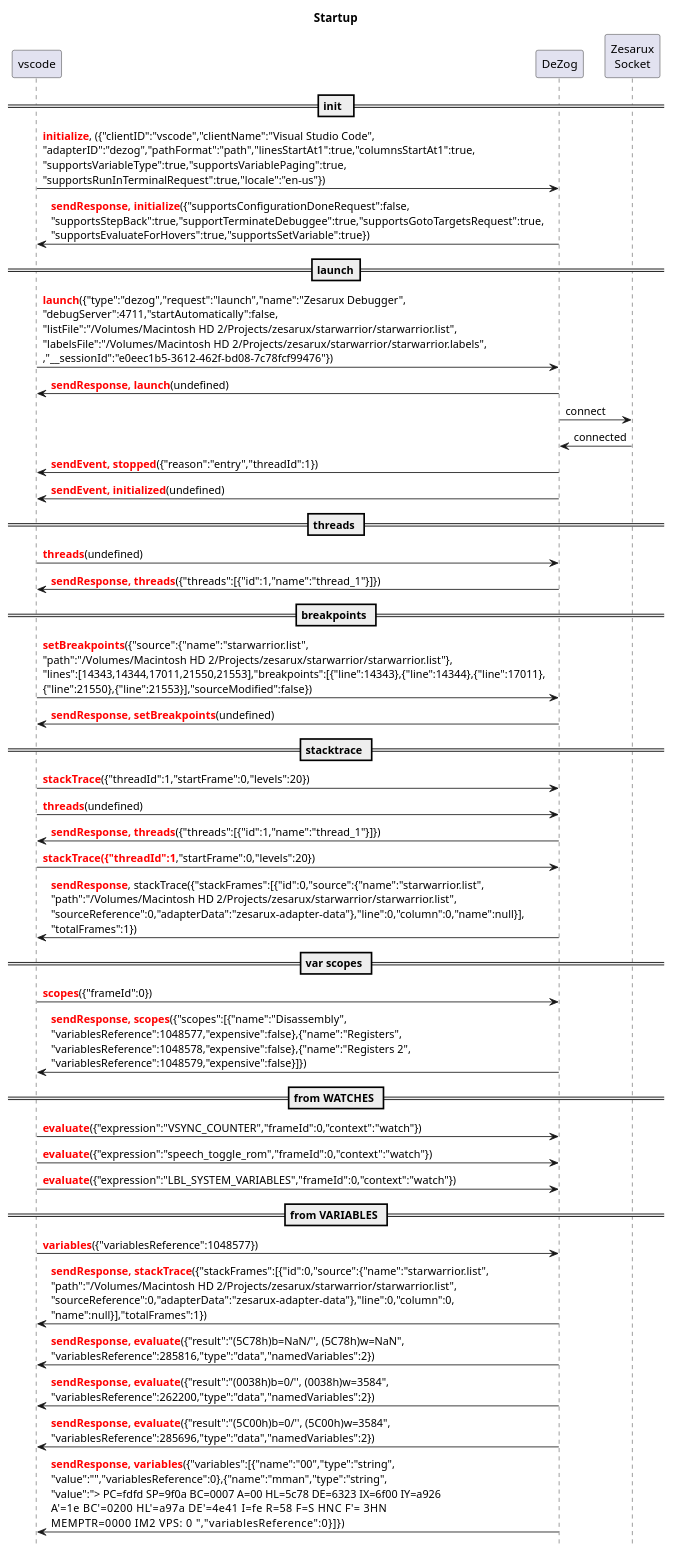
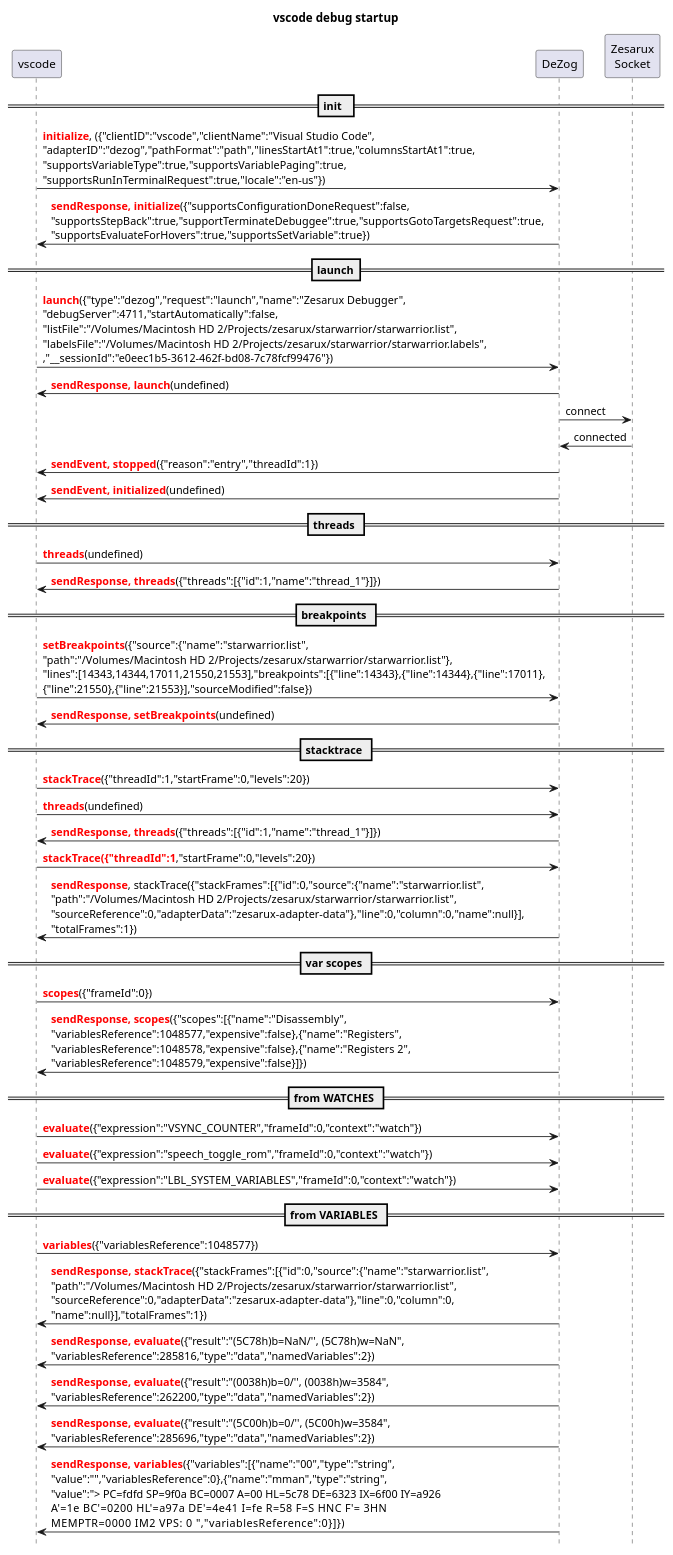
Before and after one commit to maziac/DeZog: the first of 2 diagrams in design/startup.md, drawn with PlantUML. The commit also changed other lines of this file and 9 other files, not shown here.

````diff
--- a/design/startup.md
+++ b/design/startup.md
@@ -7,59 +7,58 @@
 ```puml
-title Startup
+title vscode debug startup
 
 hide footbox
-
 
 participant vscode
 participant DeZog
 participant ZXSocket as "Zesarux\nSocket"
 
 == init  ==
 vscode -> DeZog: <font color=red><b>initialize</b></font>, ({"clientID":"vscode","clientName":"Visual Studio Code",\n"adapterID":"dezog","pathFormat":"path","linesStartAt1":true,"columnsStartAt1":true,\n"supportsVariableType":true,"supportsVariablePaging":true,\n"supportsRunInTerminalRequest":true,"locale":"en-us"})
 vscode <- DeZog: <font color=red><b>sendResponse, initialize</b></font>({"supportsConfigurationDoneRequest":false,\n"supportsStepBack":true,"supportTerminateDebuggee":true,"supportsGotoTargetsRequest":true,\n"supportsEvaluateForHovers":true,"supportsSetVariable":true})
 
 
 == launch==
 vscode -> DeZog: <font color=red><b>launch</b></font>({"type":"dezog","request":"launch","name":"Zesarux Debugger",\n"debugServer":4711,"startAutomatically":false,\n"listFile":"/Volumes/Macintosh HD 2/Projects/zesarux/starwarrior/starwarrior.list",\n"labelsFile":"/Volumes/Macintosh HD 2/Projects/zesarux/starwarrior/starwarrior.labels",\n,"__sessionId":"e0eec1b5-3612-462f-bd08-7c78fcf99476"})
 vscode <- DeZog: <font color=red><b>sendResponse, launch</b></font>(undefined)
 ZXSocket <- DeZog: connect
 ZXSocket -> DeZog: connected
 vscode <- DeZog: <font color=red><b>sendEvent, stopped</b></font>({"reason":"entry","threadId":1})
 
 vscode <- DeZog: <font color=red><b>sendEvent, initialized</b></font>(undefined)
 
 == threads ==
 vscode -> DeZog: <font color=red><b>threads</b></font>(undefined)
 vscode <- DeZog: <font color=red><b>sendResponse, threads</b></font>({"threads":[{"id":1,"name":"thread_1"}]})
 
 == breakpoints ==
 vscode -> DeZog: <font color=red><b>setBreakpoints</b></font>({"source":{"name":"starwarrior.list",\n"path":"/Volumes/Macintosh HD 2/Projects/zesarux/starwarrior/starwarrior.list"},\n"lines":[14343,14344,17011,21550,21553],"breakpoints":[{"line":14343},{"line":14344},{"line":17011},\n{"line":21550},{"line":21553}],"sourceModified":false})
 vscode <- DeZog: <font color=red><b>sendResponse, setBreakpoints</b></font>(undefined)
 
 == stacktrace ==
 vscode -> DeZog: <font color=red><b>stackTrace</b></font>({"threadId":1,"startFrame":0,"levels":20})
 vscode -> DeZog: <font color=red><b>threads</b></font>(undefined)
 vscode <- DeZog: <font color=red><b>sendResponse, threads</b></font>({"threads":[{"id":1,"name":"thread_1"}]})
 vscode -> DeZog: <font color=red><b>stackTrace({"threadId":1</b></font>,"startFrame":0,"levels":20})
 vscode <- DeZog: <font color=red><b>sendResponse</b></font>, stackTrace({"stackFrames":[{"id":0,"source":{"name":"starwarrior.list",\n"path":"/Volumes/Macintosh HD 2/Projects/zesarux/starwarrior/starwarrior.list",\n"sourceReference":0,"adapterData":"zesarux-adapter-data"},"line":0,"column":0,"name":null}],\n"totalFrames":1})
 
 == var scopes ==
 vscode -> DeZog: <font color=red><b>scopes</b></font>({"frameId":0})
 vscode <- DeZog: <font color=red><b>sendResponse, scopes</b></font>({"scopes":[{"name":"Disassembly",\n"variablesReference":1048577,"expensive":false},{"name":"Registers",\n"variablesReference":1048578,"expensive":false},{"name":"Registers 2",\n"variablesReference":1048579,"expensive":false}]})
 
 == from WATCHES ==
 vscode -> DeZog: <font color=red><b>evaluate</b></font>({"expression":"VSYNC_COUNTER","frameId":0,"context":"watch"})
 vscode -> DeZog: <font color=red><b>evaluate</b></font>({"expression":"speech_toggle_rom","frameId":0,"context":"watch"})
 vscode -> DeZog: <font color=red><b>evaluate</b></font>({"expression":"LBL_SYSTEM_VARIABLES","frameId":0,"context":"watch"})
 
 == from VARIABLES ==
 vscode -> DeZog: <font color=red><b>variables</b></font>({"variablesReference":1048577})
 
 vscode <- DeZog: <font color=red><b>sendResponse, stackTrace</b></font>({"stackFrames":[{"id":0,"source":{"name":"starwarrior.list",\n"path":"/Volumes/Macintosh HD 2/Projects/zesarux/starwarrior/starwarrior.list",\n"sourceReference":0,"adapterData":"zesarux-adapter-data"},"line":0,"column":0,\n"name":null}],"totalFrames":1})
 
 vscode <- DeZog: <font color=red><b>sendResponse, evaluate</b></font>({"result":"(5C78h)b=NaN/'', (5C78h)w=NaN",\n"variablesReference":285816,"type":"data","namedVariables":2})
 vscode <- DeZog: <font color=red><b>sendResponse, evaluate</b></font>({"result":"(0038h)b=0/'', (0038h)w=3584",\n"variablesReference":262200,"type":"data","namedVariables":2})
 vscode <- DeZog: <font color=red><b>sendResponse, evaluate</b></font>({"result":"(5C00h)b=0/'', (5C00h)w=3584",\n"variablesReference":285696,"type":"data","namedVariables":2})
 vscode <- DeZog: <font color=red><b>sendResponse, variables</b></font>({"variables":[{"name":"00","type":"string",\n"value":"","variablesReference":0},{"name":"mman","type":"string",\n"value":"> PC=fdfd SP=9f0a BC=0007 A=00 HL=5c78 DE=6323 IX=6f00 IY=a926\nA'=1e BC'=0200 HL'=a97a DE'=4e41 I=fe R=58  F=S    HNC F'=    3HN  \nMEMPTR=0000 IM2         VPS: 0 ","variablesReference":0}]})
 
 ```
````
